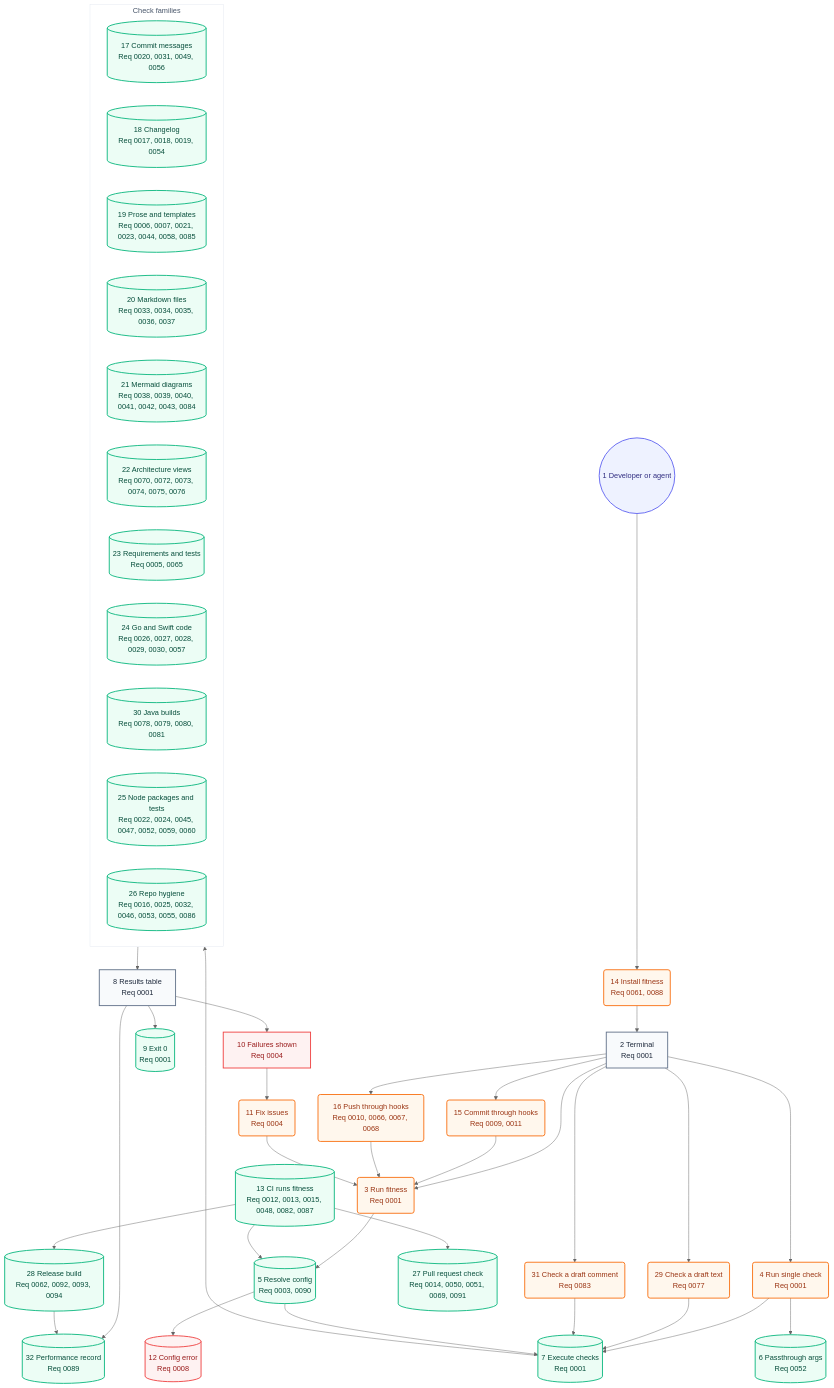
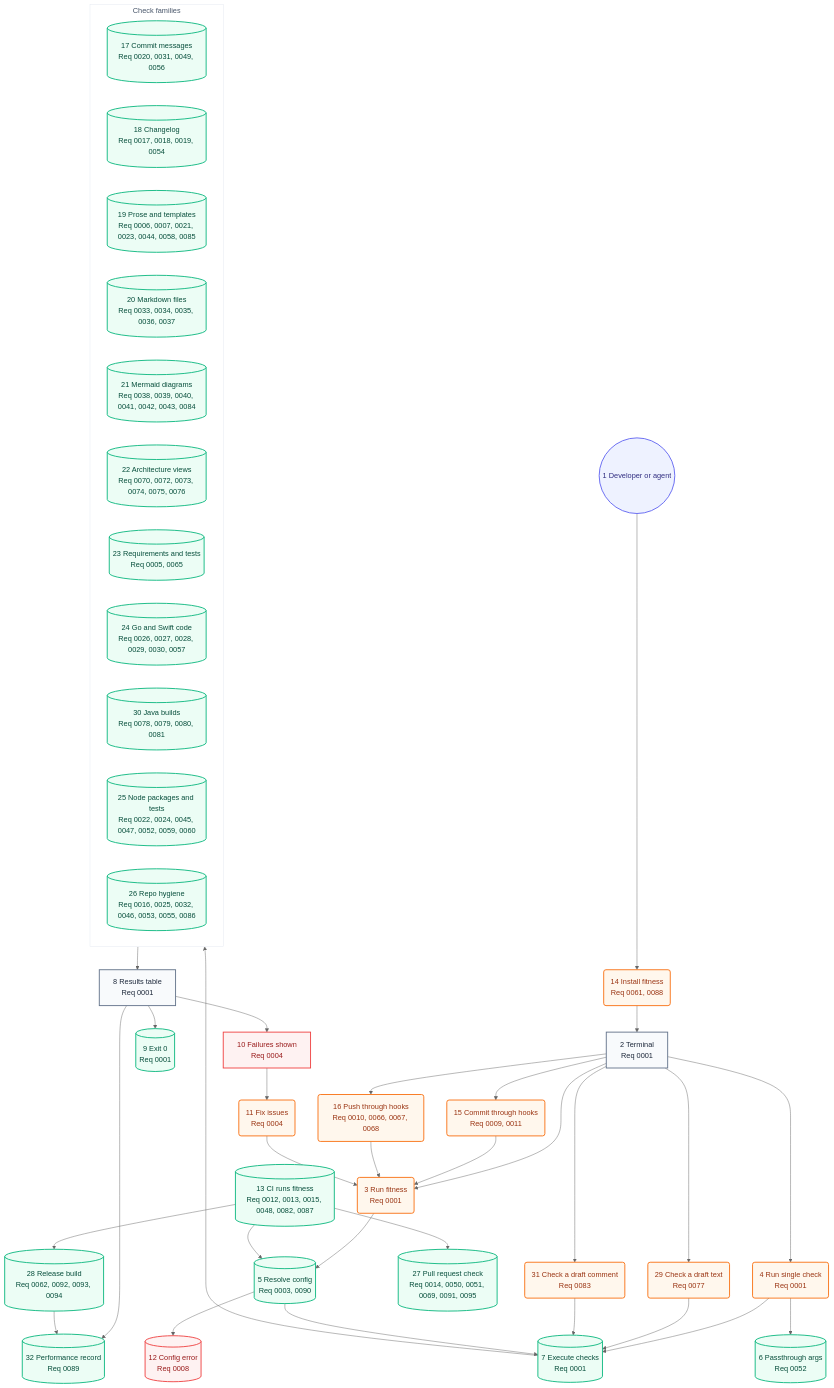
Before and after one commit to may-journal/fitness-runner: the second of 2 diagrams in docs/architecture/05-user-journey.md, drawn with Mermaid (neutral theme). The commit also changed 9 other files, not shown here.

````diff
--- a/docs/architecture/05-user-journey.md
+++ b/docs/architecture/05-user-journey.md
@@ -40,76 +40,76 @@
 ```mermaid
 flowchart TB
     dev((1 Developer or agent)):::persona
     install(14 Install fitness<br/>Req 0061, 0088):::action
     terminal[2 Terminal<br/>Req 0001]:::screen
     runFull(3 Run fitness<br/>Req 0001):::action
     runSingle(4 Run single check<br/>Req 0001):::action
     runBlob(29 Check a draft text<br/>Req 0077):::action
     runComment(31 Check a draft comment<br/>Req 0083):::action
     commitHook(15 Commit through hooks<br/>Req 0009, 0011):::action
     pushHook(16 Push through hooks<br/>Req 0010, 0066, 0067, 0068):::action
     resolveConfig[(5 Resolve config<br/>Req 0003, 0090)]:::system
     passArgs[(6 Passthrough args<br/>Req 0052)]:::system
     executeChecks[(7 Execute checks<br/>Req 0001)]:::system
 
     subgraph checks["Check families"]
         commitChecks[(17 Commit messages<br/>Req 0020, 0031, 0049, 0056)]:::system
         changelogChecks[(18 Changelog<br/>Req 0017, 0018, 0019, 0054)]:::system
         proseChecks[(19 Prose and templates<br/>Req 0006, 0007, 0021, 0023, 0044, 0058, 0085)]:::system
         markdownChecks[(20 Markdown files<br/>Req 0033, 0034, 0035, 0036, 0037)]:::system
         mermaidChecks[(21 Mermaid diagrams<br/>Req 0038, 0039, 0040, 0041, 0042, 0043, 0084)]:::system
         architectureChecks[(22 Architecture views<br/>Req 0070, 0072, 0073, 0074, 0075, 0076)]:::system
         requirementChecks[(23 Requirements and tests<br/>Req 0005, 0065)]:::system
         goSwiftChecks[(24 Go and Swift code<br/>Req 0026, 0027, 0028, 0029, 0030, 0057)]:::system
         javaChecks[(30 Java builds<br/>Req 0078, 0079, 0080, 0081)]:::system
         nodeChecks[(25 Node packages and tests<br/>Req 0022, 0024, 0045, 0047, 0052, 0059, 0060)]:::system
         repoChecks[(26 Repo hygiene<br/>Req 0016, 0025, 0032, 0046, 0053, 0055, 0086)]:::system
     end
 
     resultsTable[8 Results table<br/>Req 0001]:::screen
     exitZero[(9 Exit 0<br/>Req 0001)]:::system
     failuresShown[10 Failures shown<br/>Req 0004]:::blocked
     fixIssues(11 Fix issues<br/>Req 0004):::action
     configError[(12 Config error<br/>Req 0008)]:::blocked
     ciRun[(13 CI runs fitness<br/>Req 0012, 0013, 0015, 0048, 0082, 0087)]:::system
-    prCheck[(27 Pull request check<br/>Req 0014, 0050, 0051, 0069, 0091)]:::system
+    prCheck[(27 Pull request check<br/>Req 0014, 0050, 0051, 0069, 0091, 0095)]:::system
     release[(28 Release build<br/>Req 0062, 0092, 0093, 0094)]:::system
     perfRecord[(32 Performance record<br/>Req 0089)]:::system
 
     dev --> install
     install --> terminal
     terminal --> runFull
     terminal --> runSingle
     terminal --> commitHook
     terminal --> pushHook
     terminal --> runBlob
     terminal --> runComment
     commitHook --> runFull
     pushHook --> runFull
     runFull --> resolveConfig
     runSingle --> executeChecks
     runSingle --> passArgs
     runBlob --> executeChecks
     runComment --> executeChecks
     resolveConfig --> executeChecks
     resolveConfig --> configError
     executeChecks --> checks
     checks --> resultsTable
     resultsTable --> exitZero
     resultsTable --> failuresShown
     failuresShown --> fixIssues
     fixIssues --> runFull
     ciRun --> resolveConfig
     ciRun --> prCheck
     ciRun --> release
     resultsTable --> perfRecord
     release --> perfRecord
 
     classDef persona fill:#eef2ff,stroke:#6366f1,color:#312e81,stroke-width:2px
     classDef screen fill:#f8fafc,stroke:#64748b,color:#1e293b,stroke-width:2px
     classDef action fill:#fff7ed,stroke:#f97316,color:#9a3412,stroke-width:2px
     classDef system fill:#ecfdf5,stroke:#10b981,color:#064e3b,stroke-width:2px
     classDef blocked fill:#fef2f2,stroke:#ef4444,color:#991b1b,stroke-width:2px
 
     style checks fill:#ffffff,stroke:#e2e8f0,color:#475569,stroke-width:1px
 ```
````
